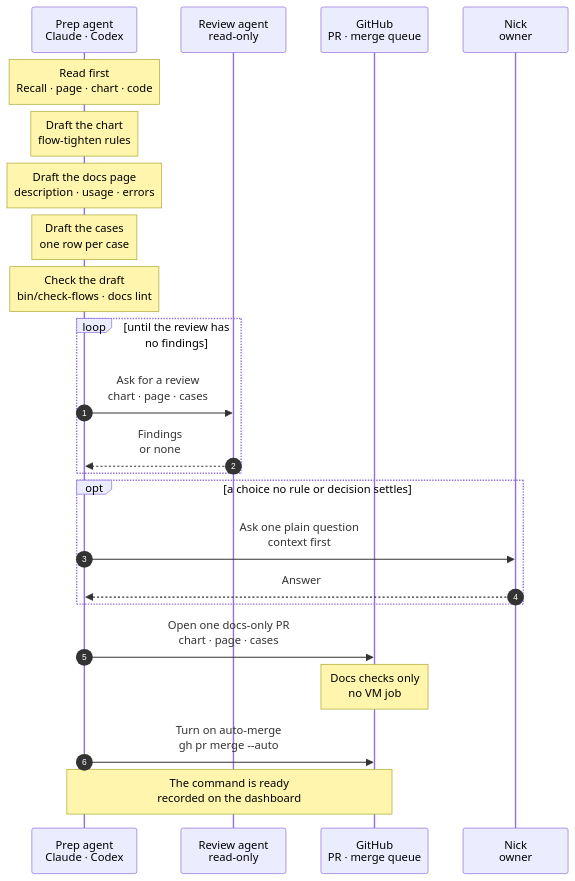
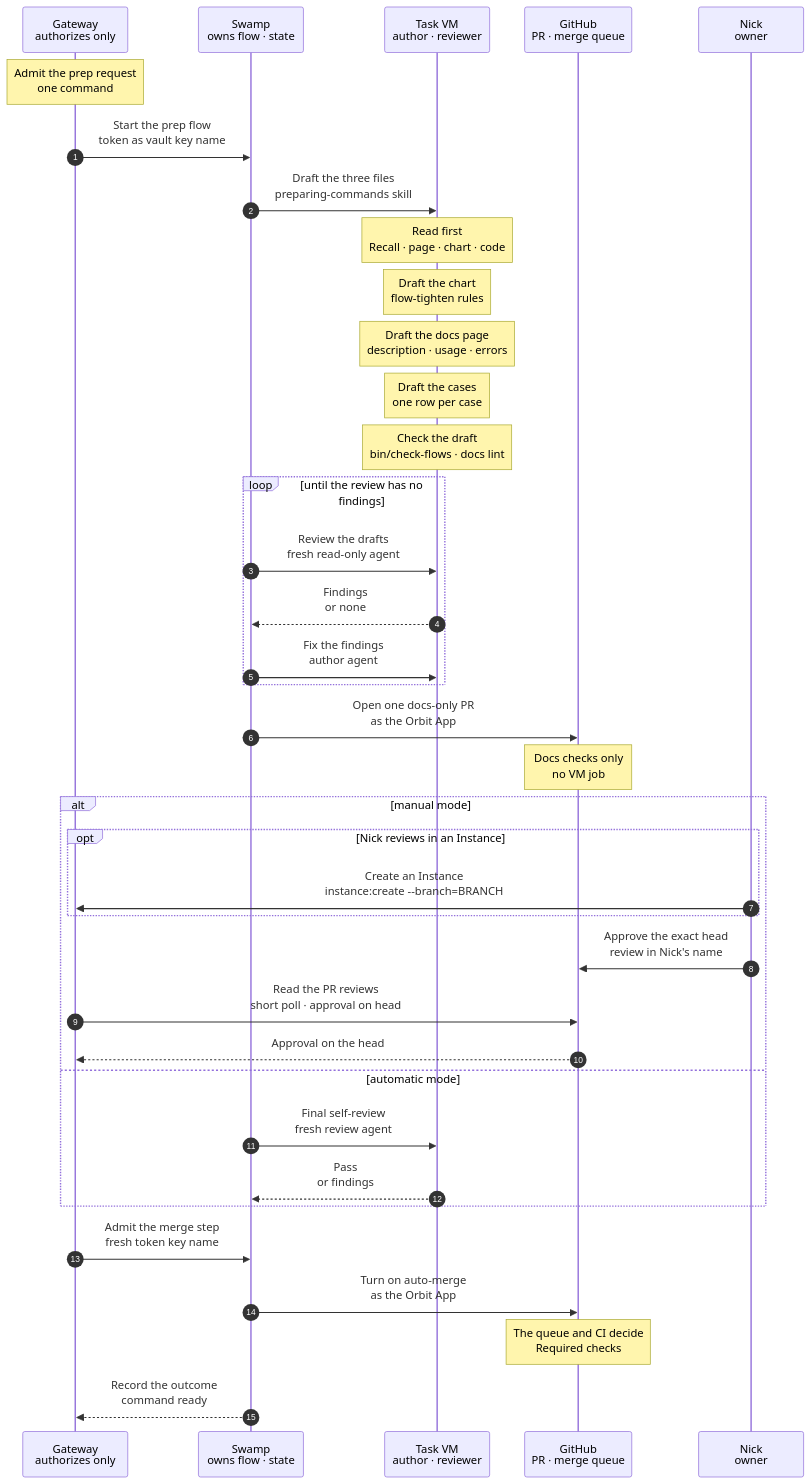
The diagram in docs/reference/pipeline/1-prep.mmd (hardimpactdev/orbit), drawn with Mermaid before and after one commit. The commit also changed 1 other file, not shown here.

Commit message:
docs: redraw the PREP stage with manual and automatic modes
Swamp owns the prep flow and its state; the Gateway only authorizes.
Marks the Swamp workflow, App-opened PRs, the approval-triggered
continuation and App-enabled auto-merge as not built.

```diff
--- a/docs/reference/pipeline/1-prep.mmd
+++ b/docs/reference/pipeline/1-prep.mmd
@@ -1,74 +1,131 @@
 sequenceDiagram
-  %% Target design: stage 1 of the command development pipeline (docs/reference/command-development-pipeline.mdx). An agent drafts the chart, page and cases; a read-only sub-agent reviews; the docs-only PR auto-merges. No code changes in this stage.
+  %% Target design: stage 1 of the command development pipeline (docs/reference/command-development-pipeline.mdx). Swamp owns the whole prep flow and its state; the Gateway only authorizes it: it admits each request, mints short-lived GitHub App tokens, passes them by vault key name, and records outcomes. An author agent drafts, a separate review agent checks, Swamp opens the PR as the Orbit App, and one of two modes (manual or automatic) decides when auto-merge goes on. No code changes in this stage.
   %% status: draft
   %% command: development pipeline stage 1 · prep a command
   %% kind: pipeline.1-prep
   autonumber
-  %% lane AG icon=terminal pill=drafts tone=gray
-  %% lane RV icon=workflow pill=reviews tone=green
-  %% lane GH icon=server pill=merges tone=blue
-  %% lane NK icon=terminal pill=owner tone=amber
-  participant AG as Prep agent<br/>Claude · Codex
-  participant RV as Review agent<br/>read-only
+  %% lane GW icon=gateway pill=intent tone=blue
+  %% lane SW icon=workflow pill=executes tone=green
+  %% lane VM icon=terminal pill=target tone=gray
+  %% lane GH icon=server pill=target tone=purple
+  %% lane NK icon=terminal pill=caller tone=amber
+  participant GW as Gateway<br/>authorizes only
+  participant SW as Swamp<br/>owns flow · state
+  participant VM as Task VM<br/>author · reviewer
   participant GH as GitHub<br/>PR · merge queue
   participant NK as Nick<br/>owner
-  Note over AG: Read first<br/>Recall · page · chart · code
+  Note over GW: Admit the prep request<br/>one command
+  %%> What it does:
+  %%> - authorizes a prep request for one command
+  %%> - records the operation, so the CLI and web show its state
+  %%> - mints a short-lived GitHub App token for the flow
+  %%> Why:
+  %%> - the Gateway only authorizes; Swamp owns the flow and all of its state
+  GW->>SW: Start the prep flow<br/>token as vault key name
+  %%> Inputs:
+  %%> - the command and its family
+  %%> - the vault key name of the token, never the token itself
+  %%> Not built:
+  %%> - the prep flow as a Swamp workflow; today the orchestrator starts the agents by hand
+  SW->>VM: Draft the three files<br/>preparing-commands skill
+  %%> What it does:
+  %%> - the author agent drafts the chart, the docs page and the verification cases in a task VM
+  %%> - preparation changes no code
+  %%> Not built:
+  %%> - Swamp starting the task VM and the agent as part of the prep flow
+  Note over VM: Read first<br/>Recall · page · chart · code
   %%> What it does:
   %%> - Recall `resolve` for the command and its family, and `decisions` for the family; current decisions override older text
   %%> - reads the existing page, chart and old fixture; reads the code only to learn what exists, never as the target
   %%> - for a sibling of an approved command, starts from the sibling's chart, page and cases
-  %%> Result:
-  %%> - nothing changes yet; preparation changes no code
-  Note over AG: Draft the chart<br/>flow-tighten rules
+  Note over VM: Draft the chart<br/>flow-tighten rules
   %%> What it does:
   %%> - writes `docs/cli/FAMILY/COMMAND.mmd`, the ideal flow, even where the code differs
   %%> - the main path uses required parameters only; each optional flag gets its own `opt` block
   %%> - uses role names and placeholders, never Node ids, task ids or hostnames
   %%> - shows the failure and cleanup contract: what a failure leaves behind, what a rerun does
-  Note over AG: Draft the docs page<br/>description · usage · errors
+  Note over VM: Draft the docs page<br/>description · usage · errors
   %%> What it does:
   %%> - writes `docs/cli/FAMILY/COMMAND.mdx` in this order: description, usage, how it works, errors
   %%> - states the rerun behavior, with the reason code of a skip
-  Note over AG: Draft the cases<br/>one row per case
+  Note over VM: Draft the cases<br/>one row per case
   %%> What it does:
   %%> - writes `swamp/proof/FAMILY/COMMAND.cases.md` from the chart and the page, never from the code
   %%> - covers required arguments only, each flag, each error on the chart, a repeat, and a failure after a partial change
   %%> - marks a case that the code fails today; never weakens a case to fit the code
-  Note over AG: Check the draft<br/>bin/check-flows · docs lint
+  Note over VM: Check the draft<br/>bin/check-flows · docs lint
   %%> What it does:
   %%> - runs `bin/check-flows`, `composer docs-build` and `composer docs-lint`
   %%> - walks every error code, flag and repeat of the page against the cases
   loop until the review has no findings
-    AG->>RV: Ask for a review<br/>chart · page · cases
-    %%> Target:
-    %%> - one independent read-only sub-agent (Sonnet, high effort) reviews against the skills and the CLI standard
-    %%> - this review replaces Nick's per-item approval
-    %%> Built or not:
-    %%> - the skill already asks for this review when no one else reviews the draft
-    %%> - not built: making it the only gate; the skill still says Nick approves each of the three items
-    RV-->>AG: Findings<br/>or none
+    SW->>VM: Review the drafts<br/>fresh read-only agent
+    %%> What it does:
+    %%> - a separate review agent (Sonnet, high effort) checks the drafts against the skills and the CLI standard
+    %%> - it never wrote the drafts
+    VM-->>SW: Findings<br/>or none
+    SW->>VM: Fix the findings<br/>author agent
+    %%> When:
+    %%> - only when the review has findings
     %%> Result:
-    %%> - the agent fixes every finding it can settle with the rules and Recall decisions
+    %%> - the author agent fixes every finding it can settle with the rules and Recall decisions
   end
-  opt a choice no rule or decision settles
-    AG->>NK: Ask one plain question<br/>context first
-    %%> Why:
-    %%> - one question at a time, with the context explained first, in plain text
-    NK-->>AG: Answer
-    %%> Result:
-    %%> - the agent applies the answer to the chart, page and cases, and to any sibling command in the same PR
-  end
-  AG->>GH: Open one docs-only PR<br/>chart · page · cases
+  SW->>GH: Open one docs-only PR<br/>as the Orbit App
   %%> What it does:
+  %%> - reads the token from the vault by its key name
   %%> - marks the chart `%% status: reviewed`
   %%> - the PR holds the chart, page and cases of one command and nothing else
+  %%> Not built:
+  %%> - PRs opened by the App from the prep flow; the Gateway already opens task PRs as the App with `tasks:publish`, but today the prep author opens this PR as `nckrtl`
   Note over GH: Docs checks only<br/>no VM job
   %%> Why:
   %%> - a documentation-only change runs fast CI and never a VM job
-  AG->>GH: Turn on auto-merge<br/>gh pr merge --auto
+  alt manual mode
+    opt Nick reviews in an Instance
+      NK->>GW: Create an Instance<br/>instance:create --branch=BRANCH
+      %%> What it does:
+      %%> - creates a development Instance that checks out the PR branch
+      %%> - Nick and an agent review and adjust the drafts there
+      %%> - a push moves the PR head, so the approval must follow the last push
+      %%> Built or not:
+      %%> - built: `instance:create --branch` checks out an existing origin branch (`docs/cli/instance/create.mdx`, Branch selection)
+    end
+    NK->>GH: Approve the exact head<br/>review in Nick's name
+    %%> What it does:
+    %%> - Nick asks the agent to post the approving review in his name
+    %%> Why:
+    %%> - the approval of the exact PR head is the gate; it is the only signal the flow waits for
+    GW->>GH: Read the PR reviews<br/>short poll · approval on head
+    %%> What it does:
+    %%> - reads the review decisions with a token that has only `pull_requests: read`
+    %%> Why:
+    %%> - the Gateway is private and its App receives no webhooks, so GitHub cannot call it; a short poll sees the approval
+    %%> Built or not:
+    %%> - built: the Gateway already reads review decisions this way for task pull requests
+    %%> - not built: the approval-triggered continuation, which admits the next step of the prep flow
+    GH-->>GW: Approval on the head
+  else automatic mode
+    SW->>VM: Final self-review<br/>fresh review agent
+    %%> What it does:
+    %%> - a new review agent, which took no part in the drafts or the earlier reviews, reads the PR head and its CI result
+    %%> Result:
+    %%> - findings go back to the author agent, which fixes them; the new head gets a new review
+    VM-->>SW: Pass<br/>or findings
+  end
+  GW->>SW: Admit the merge step<br/>fresh token key name
+  %%> When:
+  %%> - manual mode: after the Gateway sees the approval on the exact head
+  %%> - automatic mode: after the final self-review passes
+  %%> Why:
+  %%> - a token lives one hour and an approval can take longer, so the Gateway mints a new one for this step
+  SW->>GH: Turn on auto-merge<br/>as the Orbit App
   %%> What it does:
-  %%> - the author runs it as `nckrtl`; the merge queue lands the PR when `Required checks` pass
-  Note over AG,GH: The command is ready<br/>recorded on the dashboard
+  %%> - enables auto-merge on the PR with the new App token
+  %%> Not built:
+  %%> - App-enabled auto-merge; it still has to be proven that the PR joins the merge queue, because an earlier bot auto-merge did not (#2550)
+  Note over GH: The queue and CI decide<br/>Required checks
+  %%> What it does:
+  %%> - the merge queue lands the PR when `Required checks` pass
+  SW-->>GW: Record the outcome<br/>command ready
   %%> Result:
-  %%> - chart, page and cases are merged; the orchestrator records the command as ready
+  %%> - chart, page and cases are merged; the Gateway records the command as ready for the CLI and web
   %%> - building starts only now, with stage 2 onward
```
